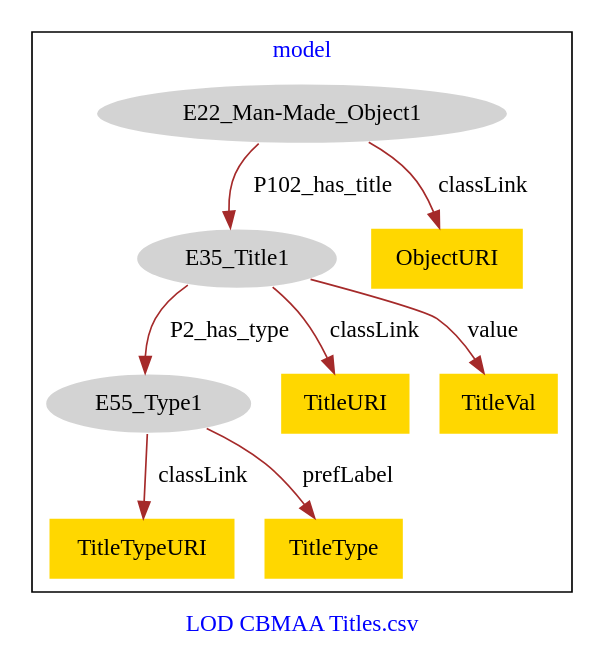
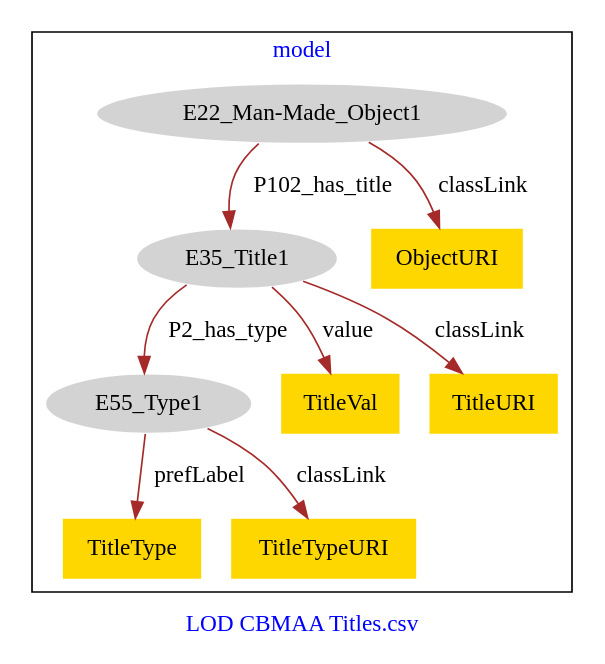
One commit to american-art/cbm changed the diagram in CBMAA_OtherTitles/CBMAA_OtherTitles-model.dot. Above: the diagram before and after it, drawn with Graphviz.

Commit message:
Update file CBMAA_OtherTitles-model.dot

```diff
--- a/CBMAA_OtherTitles/CBMAA_OtherTitles-model.dot
+++ b/CBMAA_OtherTitles/CBMAA_OtherTitles-model.dot
@@ -1,23 +1,23 @@
 digraph n0 {
 fontcolor="blue"
 remincross="true"
 label="LOD CBMAA Titles.csv"
 subgraph cluster {
 label="model"
 n2[style="filled",color="white",fillcolor="lightgray",label="E22_Man-Made_Object1"];
 n3[style="filled",color="white",fillcolor="lightgray",label="E35_Title1"];
 n4[style="filled",color="white",fillcolor="lightgray",label="E55_Type1"];
-n5[shape="plaintext",style="filled",fillcolor="gold",label="TitleURI"];
-n6[shape="plaintext",style="filled",fillcolor="gold",label="ObjectURI"];
-n7[shape="plaintext",style="filled",fillcolor="gold",label="TitleVal"];
-n8[shape="plaintext",style="filled",fillcolor="gold",label="TitleTypeURI"];
-n9[shape="plaintext",style="filled",fillcolor="gold",label="TitleType"];
+n5[shape="plaintext",style="filled",fillcolor="gold",label="ObjectURI"];
+n6[shape="plaintext",style="filled",fillcolor="gold",label="TitleVal"];
+n7[shape="plaintext",style="filled",fillcolor="gold",label="TitleURI"];
+n8[shape="plaintext",style="filled",fillcolor="gold",label="TitleType"];
+n9[shape="plaintext",style="filled",fillcolor="gold",label="TitleTypeURI"];
 }
 n2 -> n3[color="brown",fontcolor="black",label="P102_has_title"]
 n3 -> n4[color="brown",fontcolor="black",label="P2_has_type"]
-n3 -> n5[color="brown",fontcolor="black",label="classLink"]
-n2 -> n6[color="brown",fontcolor="black",label="classLink"]
-n3 -> n7[color="brown",fontcolor="black",label="value"]
-n4 -> n8[color="brown",fontcolor="black",label="classLink"]
-n4 -> n9[color="brown",fontcolor="black",label="prefLabel"]
+n2 -> n5[color="brown",fontcolor="black",label="classLink"]
+n3 -> n6[color="brown",fontcolor="black",label="value"]
+n3 -> n7[color="brown",fontcolor="black",label="classLink"]
+n4 -> n8[color="brown",fontcolor="black",label="prefLabel"]
+n4 -> n9[color="brown",fontcolor="black",label="classLink"]
 }
```
